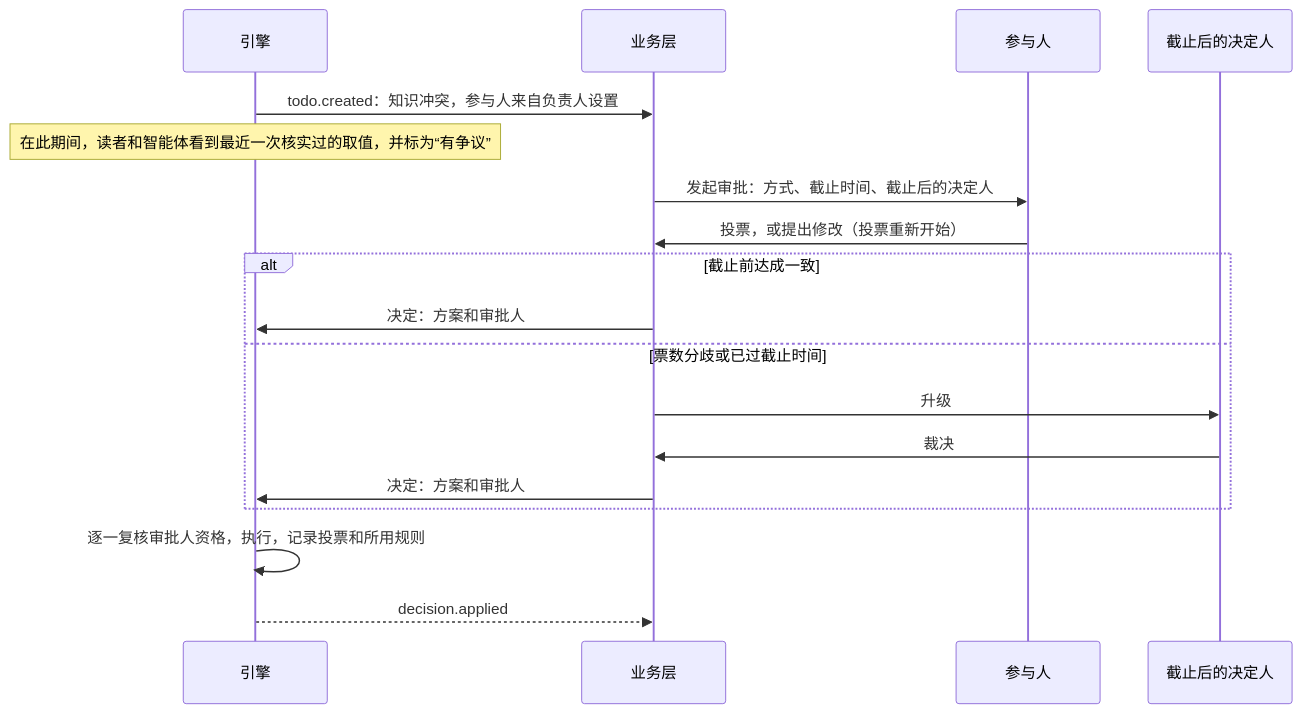
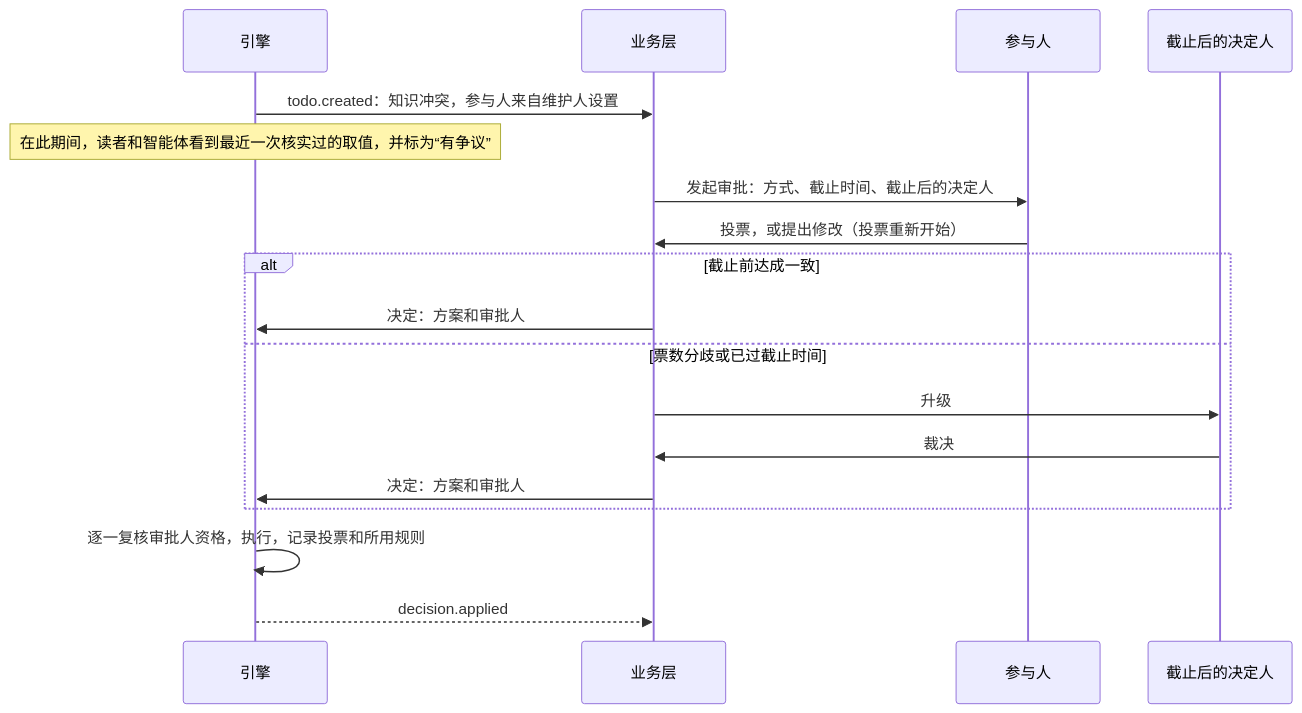
The first of 2 diagrams in docs/zh/design/business-layer.md (AngelMsger/Inspiration), drawn with Mermaid before and after one commit. The commit also changed other lines of this file and 16 other files, not shown here.

````diff
--- a/docs/zh/design/business-layer.md
+++ b/docs/zh/design/business-layer.md
@@ -192,20 +193,20 @@
 ```mermaid
 sequenceDiagram
   participant E as 引擎
   participant B as 业务层
   participant P as 参与人
   participant F as 截止后的决定人
-  E->>B: todo.created：知识冲突，参与人来自负责人设置
+  E->>B: todo.created：知识冲突，参与人来自维护人设置
   Note over E: 在此期间，读者和智能体看到最近一次核实过的取值，并标为“有争议”
   B->>P: 发起审批：方式、截止时间、截止后的决定人
   P->>B: 投票，或提出修改（投票重新开始）
   alt 截止前达成一致
     B->>E: 决定：方案和审批人
   else 票数分歧或已过截止时间
     B->>F: 升级
     F->>B: 裁决
     B->>E: 决定：方案和审批人
   end
   E->>E: 逐一复核审批人资格，执行，记录投票和所用规则
   E-->>B: decision.applied
 ```
````
